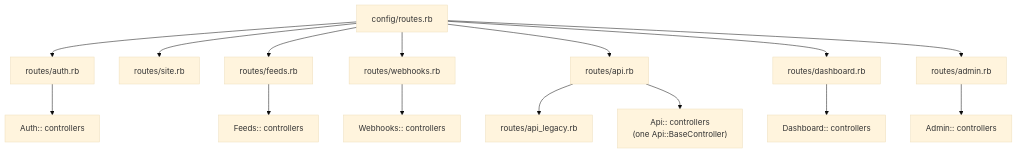
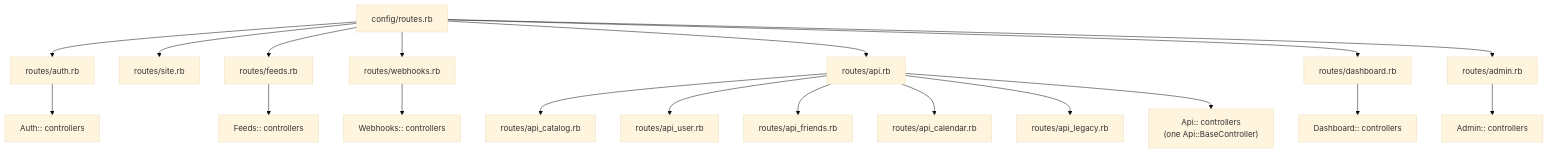
The diagram in docs/architecture.md (WITCodingClub/calendar-backend), drawn with Mermaid (base theme) before and after one commit. The commit also changed other lines of this file and 7 other files, not shown here.

Commit message:
refactor: split the api routes by area and group them with scopes

````diff
--- a/docs/architecture.md
+++ b/docs/architecture.md
@@ -42,17 +42,21 @@
 ```mermaid
 flowchart TD
   R[config/routes.rb] --> auth[routes/auth.rb]
   R --> site[routes/site.rb]
   R --> feeds[routes/feeds.rb]
   R --> webhooks[routes/webhooks.rb]
   R --> api[routes/api.rb]
   R --> dashboard[routes/dashboard.rb]
   R --> admin[routes/admin.rb]
+  api --> catalog[routes/api_catalog.rb]
+  api --> user[routes/api_user.rb]
+  api --> friends[routes/api_friends.rb]
+  api --> calendar[routes/api_calendar.rb]
   api --> legacy[routes/api_legacy.rb]
   auth --> Auth["Auth:: controllers"]
   feeds --> Feeds["Feeds:: controllers"]
   webhooks --> Webhooks["Webhooks:: controllers"]
   api --> Api["Api:: controllers<br/>(one Api::BaseController)"]
   dashboard --> Dashboard["Dashboard:: controllers"]
   admin --> Admin["Admin:: controllers"]
 ```
````
